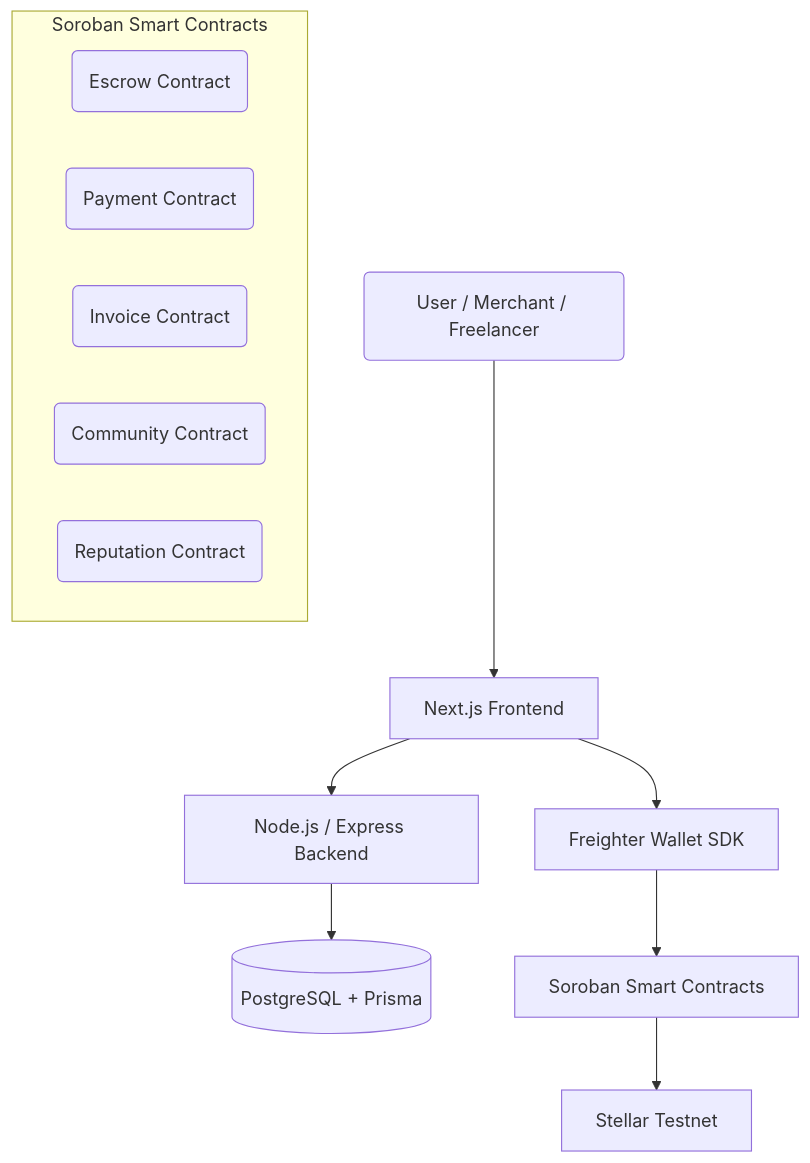
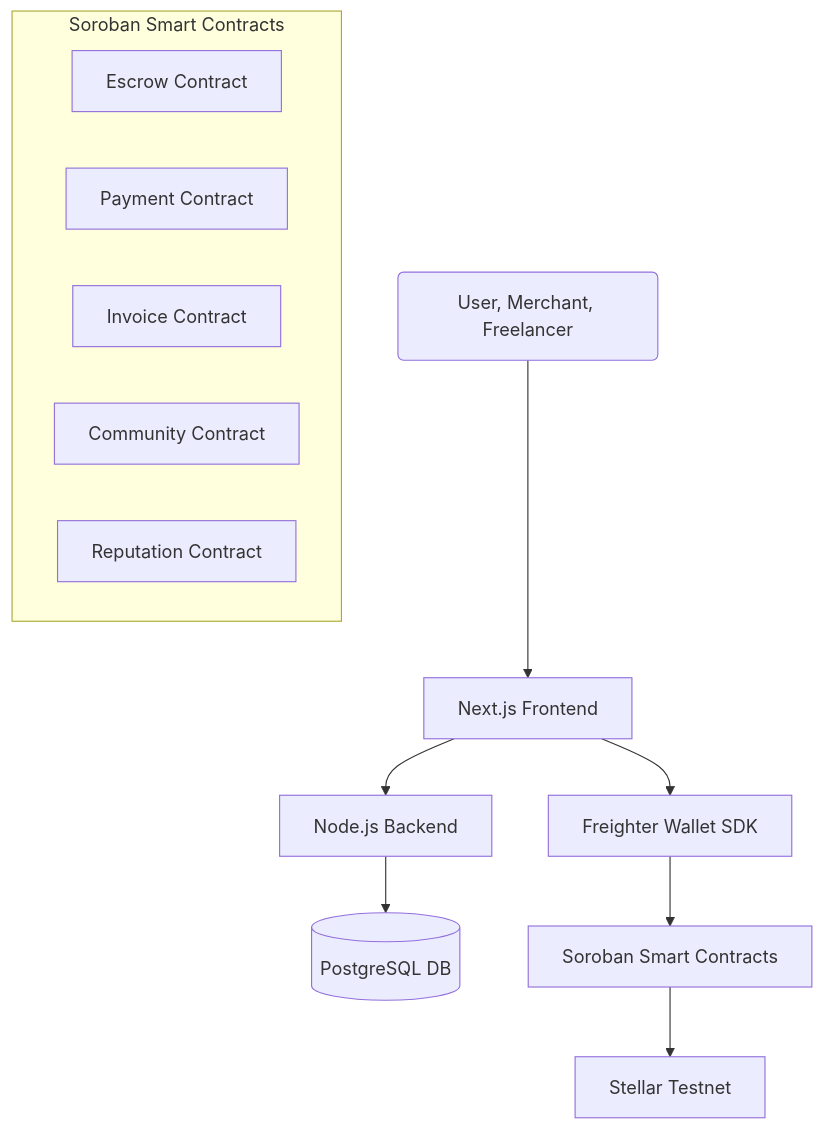
Before and after one commit to izath-phb/StellarBridge: the diagram in README.md, drawn with Mermaid. The commit also changed other lines of this file and 9 other files, not shown here.

````diff
--- a/README.md
+++ b/README.md
@@ -45,17 +51,17 @@
 ```mermaid
 graph TD
-    User(User / Merchant / Freelancer) --> Frontend[Next.js Frontend]
-    Frontend --> Backend[Node.js / Express Backend]
-    Backend --> DB[(PostgreSQL + Prisma)]
-    Frontend --> Freighter[Freighter Wallet SDK]
-    Freighter --> Soroban[Soroban Smart Contracts]
-    Soroban --> Stellar[Stellar Testnet]
+    User("User, Merchant, Freelancer") --> Frontend["Next.js Frontend"]
+    Frontend --> Backend["Node.js Backend"]
+    Backend --> DB[("PostgreSQL DB")]
+    Frontend --> Freighter["Freighter Wallet SDK"]
+    Freighter --> Soroban["Soroban Smart Contracts"]
+    Soroban --> Stellar["Stellar Testnet"]
     
-    subgraph Soroban Smart Contracts
-        Escrow(Escrow Contract)
-        Payment(Payment Contract)
-        Invoice(Invoice Contract)
-        DAO(Community Contract)
-        Reputation(Reputation Contract)
+    subgraph Soroban_Contracts ["Soroban Smart Contracts"]
+        Escrow["Escrow Contract"]
+        Payment["Payment Contract"]
+        Invoice["Invoice Contract"]
+        DAO["Community Contract"]
+        Reputation["Reputation Contract"]
     end
 ```
````
